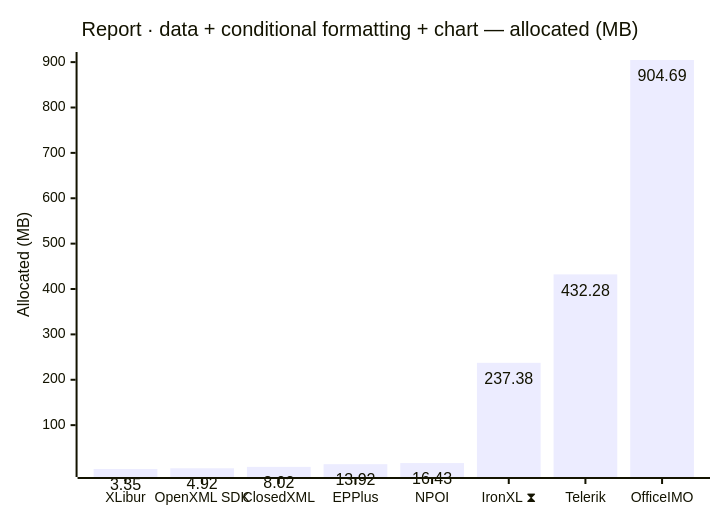
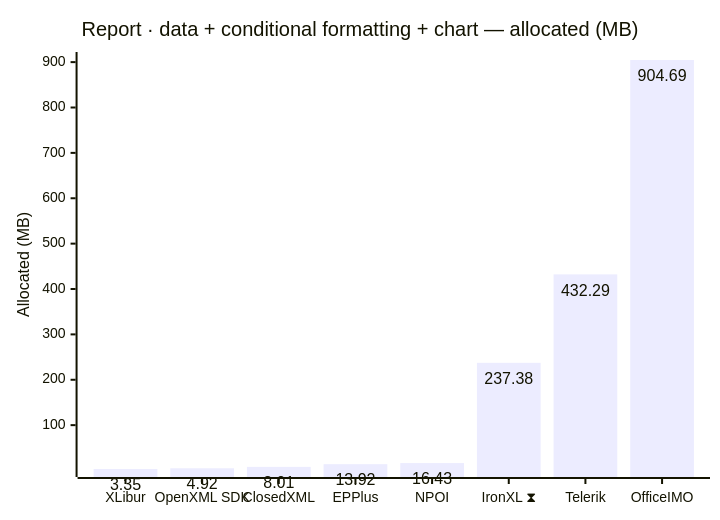
The eighth of 12 diagrams in docs/results.md (jafin/XLBench), drawn with Mermaid before and after one commit. The commit also changed other lines of this file and 4 other files, not shown here.

````diff
--- a/docs/results.md
+++ b/docs/results.md
@@ -133,12 +133,12 @@
 ```mermaid
 ---
 config:
   xyChart:
     showDataLabel: true
 ---
 xychart-beta
     title "Report · data + conditional formatting + chart — allocated (MB)"
     x-axis ["XLibur", "OpenXML SDK", "ClosedXML", "EPPlus", "NPOI", "IronXL ⧗", "Telerik", "OfficeIMO"]
     y-axis "Allocated (MB)"
-    bar [3.35, 4.92, 8.02, 13.92, 16.43, 237.38, 432.28, 904.69]
+    bar [3.35, 4.92, 8.01, 13.92, 16.43, 237.38, 432.29, 904.69]
 ```
````
